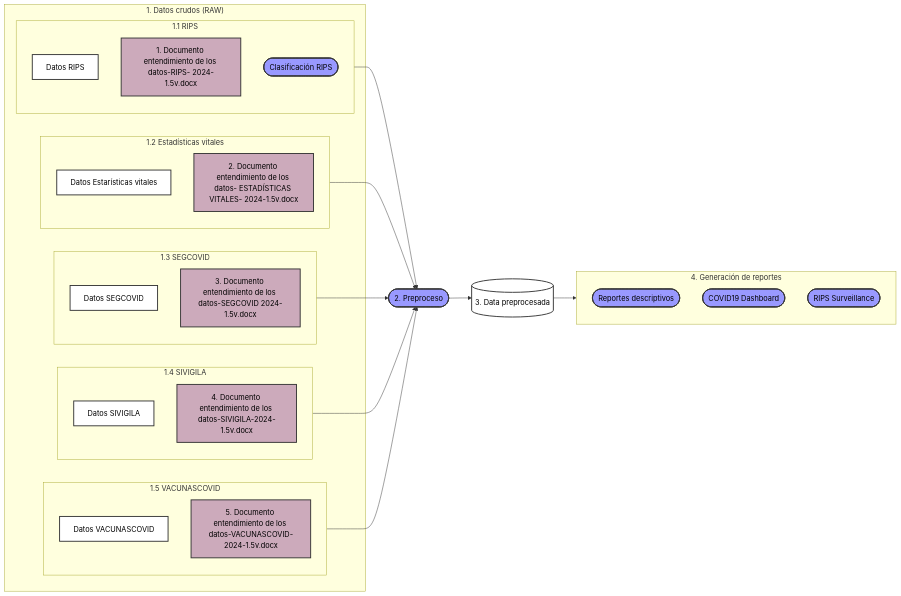
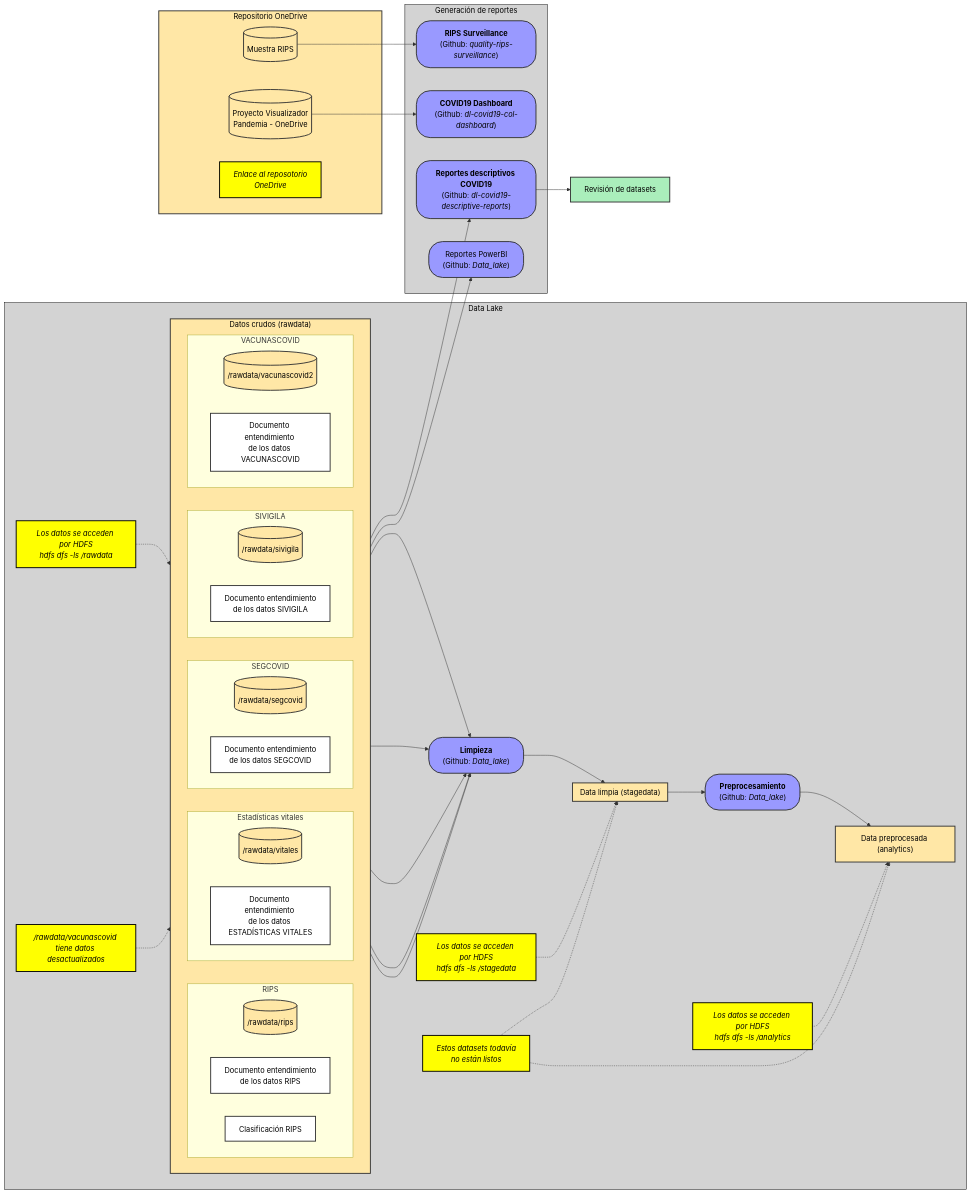
Before and after one commit to AGORA-COL/.github: the diagram in profile/DataLake/FlujoDatos.md, drawn with Mermaid. The commit also changed 2 other files, not shown here.

Commit message:
mejoras menores a la documentación

````diff
--- a/profile/DataLake/FlujoDatos.md
+++ b/profile/DataLake/FlujoDatos.md
@@ -8,74 +8,166 @@
 ```mermaid
 flowchart LR
-    subgraph R["1. Datos crudos (RAW)"]
-        subgraph A[1.1 RIPS]
-            DATA_RIPS1[Datos RIPS]
-            DOC_RIPS1[1. Documento entendimiento de los datos-RIPS- 2024-1.5v.docx]
-            CRIPS1([Clasificación RIPS])
+    subgraph DL[Data Lake]
+        subgraph R["Datos crudos (rawdata)"]
+            direction LR
+            subgraph A[RIPS]
+                direction LR
+                DATA_RIPS[("/rawdata/rips")]
+                DOC_RIPS["`Documento entendimiento 
+                de los datos RIPS`"]
+                CRIPS[Clasificación RIPS]
+            end
+            subgraph B[Estadísticas vitales]
+                direction LR
+                DATA_EV[("/rawdata/vitales")]
+                DOC_EV["`Documento entendimiento 
+                de los datos ESTADÍSTICAS VITALES`"]
+            end
+            subgraph C[SEGCOVID]
+                direction LR
+                DATA_SEGCOVID[(/rawdata/segcovid)]
+                DOC_SEGCOVID["`Documento entendimiento 
+                de los datos SEGCOVID`"]
+            end
+            subgraph D[SIVIGILA]
+                direction LR
+                DATA_SIVIGILA[(/rawdata/sivigila)]
+                DOC_SIVIGILA["`Documento entendimiento 
+                de los datos SIVIGILA`"]
+            end
+            subgraph E[VACUNASCOVID]
+                direction LR
+                DATA_VACUNASCOVID[(/rawdata/vacunascovid2)]
+                DOC_VACUNASCOVID["`Documento entendimiento 
+                de los datos VACUNASCOVID`"]
+            end
         end
-        subgraph B[1.2 Estadísticas vitales]
-            DATA_RIPS2[Datos Estarísticas vitales]
-            DOC_RIPS2[2. Documento entendimiento de los datos- ESTADÍSTICAS VITALES- 2024-1.5v.docx]
+
+        comm1["`Los datos se acceden por *HDFS*
+                hdfs dfs -ls /rawdata
+        `"]
+        comm1 -.-> R
+         
+
+        comm2["`/rawdata/vacunascovid 
+        tiene datos desactualizados`"]
+
+        comm2 -.-> DATA_VACUNASCOVID
+
+        DATA_RIPS --> L
+        DATA_EV --> L
+        DATA_SEGCOVID --> L
+        DATA_SIVIGILA --> L
+        DATA_VACUNASCOVID --> L
+        
+        L["`**Limpieza**
+        (Github: *Data_lake*)`"]
+        subgraph DP["Data limpia (stagedata)"]
         end
-        subgraph C[1.3 SEGCOVID]
-            DATA_RIPS3[Datos SEGCOVID]
-            DOC_RIPS3[3. Documento entendimiento de los datos-SEGCOVID 2024-1.5v.docx]
-        end
-        subgraph D[1.4 SIVIGILA]
-            DATA_RIPS4[Datos SIVIGILA]
-            DOC_RIPS4[4. Documento entendimiento de los datos-SIVIGILA-2024-1.5v.docx]
-        end
-        subgraph E[1.5 VACUNASCOVID]
-            DATA_RIPS5[Datos VACUNASCOVID]
-            DOC_RIPS5[5. Documento entendimiento de los datos-VACUNASCOVID-2024-1.5v.docx]
-        end
+
+        comm3["`Los datos se acceden por *HDFS*
+                hdfs dfs -ls /stagedata
+        `"]
+        comm3 -.-> DP
+
+        L --> DP
+        DP --> P
+
+        P["`**Preprocesamiento** 
+        (Github: *Data_lake*)`"]
+
+        P --> AN
+
+        AN["Data preprocesada (analytics)"]
+        comm4["`Los datos se acceden por *HDFS*
+                hdfs dfs -ls /analytics
+        `"]
+        comm4 -.-> AN
+
+        comm5["`Estos datasets todavía
+        no están listos`"]
+
+        comm5 -.-> AN
+        comm5 -.-> DP
+    end
+    
+    %% AN --> RD
+    R --> RD
+    %% AN --> RS
+    RIPS_MUESTRA --> RS
+
+
+    subgraph OD["Repositorio OneDrive"]
+        RIPS_MUESTRA[("`Muestra RIPS`")]
+        PVP[("`Proyecto Visualizador 
+        Pandemia - OneDrive`")]
+        comm6["`Enlace al reposotorio 
+        OneDrive`"]
+    end
+    PVP --> DB
+    
+
+    subgraph G[Generación de reportes]
+        RD["`**Reportes descriptivos 
+        COVID19**
+        (Github: *dl-covid19-descriptive-reports*)`"]
+        RS["`**RIPS Surveillance**
+        (Github: *quality-rips-surveillance*)`"]
+        DB["`**COVID19 Dashboard**
+        (Github: *dl-covid19-col-dashboard*)`"]
+        PBI["`Reportes PowerBI
+        (Github: *Data_lake*)`"]
     end
 
-    P([2. Preproceso])
-    DP[("3. Data preprocesada")]
-    subgraph G["4. Generación de reportes"]
-        RD([Reportes descriptivos])
-        DB([COVID19 Dashboard])
-        RS([RIPS Surveillance])
-    end
+    DATA_RIPS --> PBI
+    RD --> RevDS
+
+    RevDS["Revisión de datasets"]
 
 
-    A --> P
-    B --> P
-    C --> P
-    D --> P
-    E --> P
-
-    P --> DP
-    
-    DP --> G
+    classDef data fill:#ffe7a6,stroke:#333,stroke-width:2px,color:#000,rx:0,ry:0;
+    classDef doc fill:white,stroke:#333,stroke-width:2px,color:#000;
+    classDef process fill:#99f,stroke:#333,stroke-width:2px,color:black,rx:30,ry:30;
+    classDef repository fill:#aaa,stroke:#333,stroke-width:2px,stroke: 5 5,color:#000;
+    classDef process2 fill:green,stroke:#333,stroke-width:2px,color:#000;
+    classDef report fill:#aeb,stroke:#333,stroke-width:2px,color:#000;
+    classDef paragraph fill:white,stroke:white;
+    classDef comment fill:yellow,stroke:black,color:black,stroke-width:2px,font-style:italic
+    classDef container fill:lightgray,stroke:black,color:black
+    classDef label fill:transparent,stroke:transparent
 
 
-    classDef data fill:#fff,stroke:#333,stroke-width:2px,color:#000;
-    classDef doc fill:#cab,stroke:#333,stroke-width:2px,color:#000;
-    classDef process fill:#99f,stroke:#333,stroke-width:2px,color:black;
-    classDef repository fill:#fff,stroke:#333,stroke-width:2px,stroke: 5 5,color:#000;
-    classDef process2 fill:green,stroke:#333,stroke-width:2px,color:#000;
-    classDef report fill:#aeb,stroke:#333,stroke-width:2px,color:#000;
+    class CRIPS,DOC_RIPS,DOC_EV,DOC_SEGCOVID,DOC_SIVIGILA,DOC_VACUNASCOVID doc;
+    class DATA_RIPS,DATA_EV,DATA_SEGCOVID,DATA_SIVIGILA,DATA_VACUNASCOVID data;
+    class G,DL container;
+    class R,DP,OD,AN,RIPS_MUESTRA,PVP data;
+    class L,P,PBI,RD,DB,RS process;
+    class comm1,comm2,comm3,comm4,comm5,comm6 comment;
+    class RevDS report;
 
-    class DOC_RIPS1,DOC_RIPS2,DOC_RIPS3,DOC_RIPS4,DOC_RIPS5 doc;
-    class DATA_RIPS1,DATA_RIPS2,DATA_RIPS3,DATA_RIPS4,DATA_RIPS5 data;
-    class CRIPS1 process;
-    class P process;
-    class DP repository;
-    class RD,DB,RS process
-
+    click L "https://github.com/AGORA-COL/Data_lake"
     click P "https://github.com/AGORA-COL/Data_lake"
 
-    click DOC_RIPS1 "https://docs.google.com/document/d/1v1sbOreJdBO0SDKUqhwKxVJw9MxYego8/view"
-    click DOC_RIPS2 "https://docs.google.com/document/d/1iS1R8nHHWaVkTCsxTbTI5t9atf6AJeuR/view"
-    click DOC_RIPS3 "https://docs.google.com/document/d/1ErjxN7yliQpPZoOO_h-7L-Qg5XQCONbd/view"
-    click DOC_RIPS4 "https://docs.google.com/document/d/17mFQoDqTd8Azzy9971D3XkibAzFu6egv/view"
-    click DOC_RIPS5 "https://docs.google.com/document/d/1kIC2y6j7VdZ7J-GziTIGz7EuRUx8Aec9/view"
+    click DOC_RIPS "https://docs.google.com/document/d/1v1sbOreJdBO0SDKUqhwKxVJw9MxYego8/view"
+    click DOC_EV "https://docs.google.com/document/d/1iS1R8nHHWaVkTCsxTbTI5t9atf6AJeuR/view"
+    click DOC_SEGCOVID "https://docs.google.com/document/d/1ErjxN7yliQpPZoOO_h-7L-Qg5XQCONbd/view"
+    click DOC_SIVIGILA "https://docs.google.com/document/d/17mFQoDqTd8Azzy9971D3XkibAzFu6egv/view"
+    click DOC_VACUNASCOVID "https://docs.google.com/document/d/1kIC2y6j7VdZ7J-GziTIGz7EuRUx8Aec9/view"
 
-    click CRIPS1 "https://drive.google.com/drive/folders/1pApPVLWTkwgCbYgMG0tAWkvJDn2RRe1K"
+    click CRIPS "https://drive.google.com/drive/folders/1pApPVLWTkwgCbYgMG0tAWkvJDn2RRe1K"
 
     click RD "https://github.com/AGORA-COL/dl-covid19-descriptive-reports"
     click DB "https://github.com/AGORA-COL/dl-covid19-col-dashboard"
     click RS "https://github.com/AGORA-COL/quality-rips-surveillance"
+
+    click comm6 "https://livejaverianaedu-my.sharepoint.com/personal/jemurillo_javeriana_edu_co/_layouts/15/onedrive.aspx?e=5%3Aa55942a7bb4246b7b87344e4c2d263b8&sharingv2=true&fromShare=true&at=9&CT=1727201099492&OR=OWA%2DNT%2DMail&CID=737d02ea%2Df0eb%2Df341%2Df361%2D9bbdab61b3a7&id=%2Fpersonal%2Fjemurillo%5Fjaveriana%5Fedu%5Fco%2FDocuments%2FJAVERIANA%2FProyecto%20AGORA%2FProyecto%20lago%20de%20datos%20AGORA&FolderCTID=0x012000FE02BE409825504DAFD5FA09F3B44529&view=0"
+
+    click RIPS_MUESTRA "https://livejaverianaedu-my.sharepoint.com/personal/jemurillo_javeriana_edu_co/_layouts/15/onedrive.aspx?e=5%3Aa55942a7bb4246b7b87344e4c2d263b8&sharingv2=true&fromShare=true&at=9&CT=1727201099492&OR=OWA-NT-Mail&CID=737d02ea-f0eb-f341-f361-9bbdab61b3a7&id=%2Fpersonal%2Fjemurillo_javeriana_edu_co%2FDocuments%2FJAVERIANA%2FProyecto%20AGORA%2FProyecto%20lago%20de%20datos%20AGORA%2FRIPS-%20Rutina%20clasificaci%C3%B3n%2Fdata&FolderCTID=0x012000FE02BE409825504DAFD5FA09F3B44529&view=0"
+
+    click PBI "https://github.com/AGORA-COL/Data_lake/tree/main/Notebooks/PowerBI"
+
+    click RevDS "https://drive.google.com/drive/folders/1_keziEHX_UJUSq2jJeK7qCer3D5KFRW_"
+
+    click PVP "https://livejaverianaedu-my.sharepoint.com/personal/jemurillo_javeriana_edu_co/_layouts/15/onedrive.aspx?e=5%3Aa55942a7bb4246b7b87344e4c2d263b8&sharingv2=true&fromShare=true&at=9&CT=1727201099492&OR=OWA-NT-Mail&CID=737d02ea-f0eb-f341-f361-9bbdab61b3a7&id=%2Fpersonal%2Fjemurillo_javeriana_edu_co%2FDocuments%2FJAVERIANA%2FProyecto%20AGORA%2FProyecto%20Visualizador%20pandemia&FolderCTID=0x012000FE02BE409825504DAFD5FA09F3B44529&view=0"
+
 ```
````
